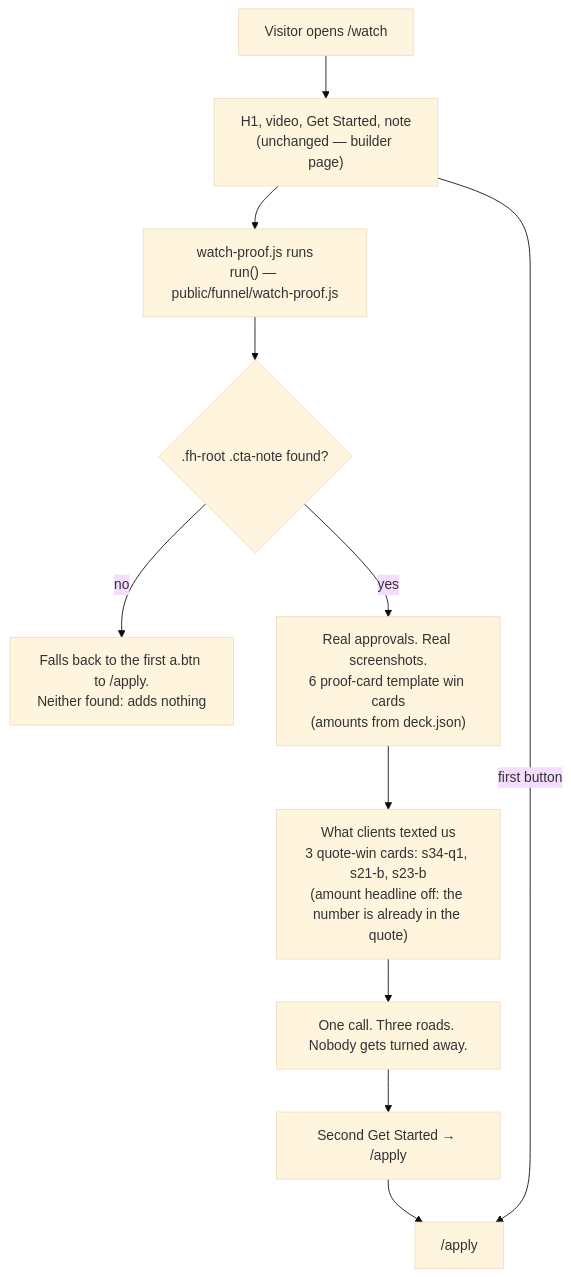
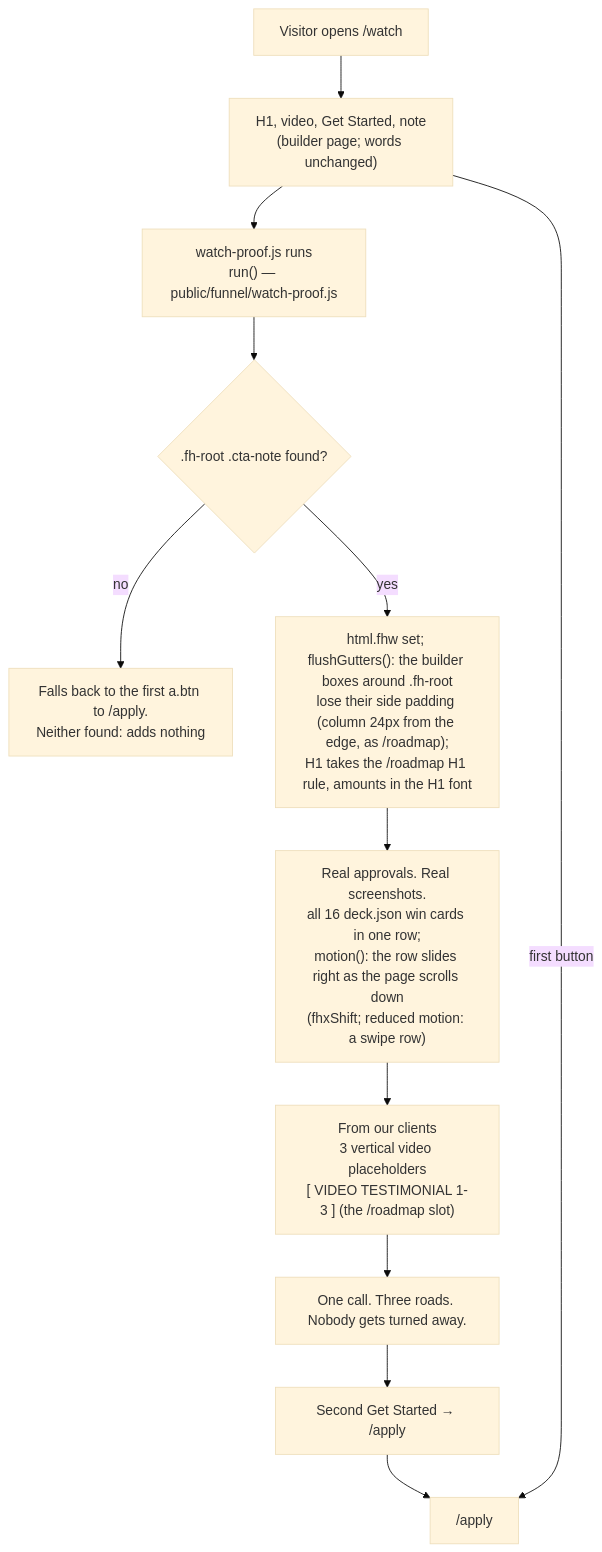
One commit to ZootimusMaximusSupreme/Fundhub_ai changed the first of 2 diagrams in docs/journeys/sorting-hat-pages-flow.md. Above: the diagram before and after it, drawn with Mermaid (base theme). The commit also changed other lines of this file and 14 other files, not shown here.

First line of the commit message:
/watch organized: 16 approvals that slide as you scroll, video placeholders, roadmap margins and headline; no client texts.

````diff
--- a/docs/journeys/sorting-hat-pages-flow.md
+++ b/docs/journeys/sorting-hat-pages-flow.md
@@ -17,13 +18,14 @@
 ```mermaid
 flowchart TD
-    A["Visitor opens /watch"] --> B["H1, video, Get Started, note<br/>(unchanged — builder page)"]
+    A["Visitor opens /watch"] --> B["H1, video, Get Started, note<br/>(builder page; words unchanged)"]
     B --> C["watch-proof.js runs<br/>run() — public/funnel/watch-proof.js"]
     C --> D{".fh-root .cta-note found?"}
     D -->|no| E["Falls back to the first a.btn to /apply.<br/>Neither found: adds nothing"]
-    D -->|yes| F["Real approvals. Real screenshots.<br/>6 proof-card template win cards<br/>(amounts from deck.json)"]
-    F --> G["What clients texted us<br/>3 quote-win cards: s34-q1, s21-b, s23-b<br/>(amount headline off: the number is already in the quote)"]
+    D -->|yes| K["html.fhw set; flushGutters(): the builder boxes around .fh-root<br/>lose their side padding (column 24px from the edge, as /roadmap);<br/>H1 takes the /roadmap H1 rule, amounts in the H1 font"]
+    K --> F["Real approvals. Real screenshots.<br/>all 16 deck.json win cards in one row;<br/>motion(): the row slides right as the page scrolls down<br/>(fhxShift; reduced motion: a swipe row)"]
+    F --> G["From our clients<br/>3 vertical video placeholders<br/>[ VIDEO TESTIMONIAL 1-3 ] (the /roadmap slot)"]
     G --> H["One call. Three roads. Nobody gets turned away."]
     H --> I["Second Get Started → /apply"]
     B -->|first button| J["/apply"]
     I --> J
 ```
````
